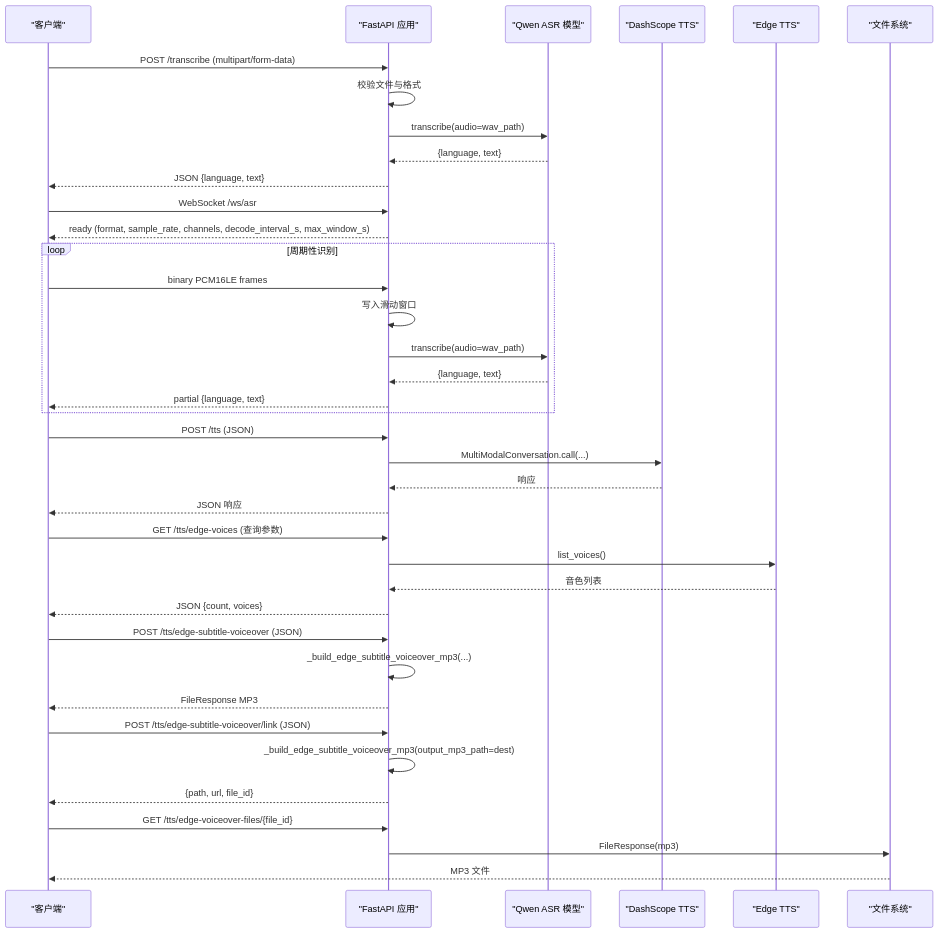
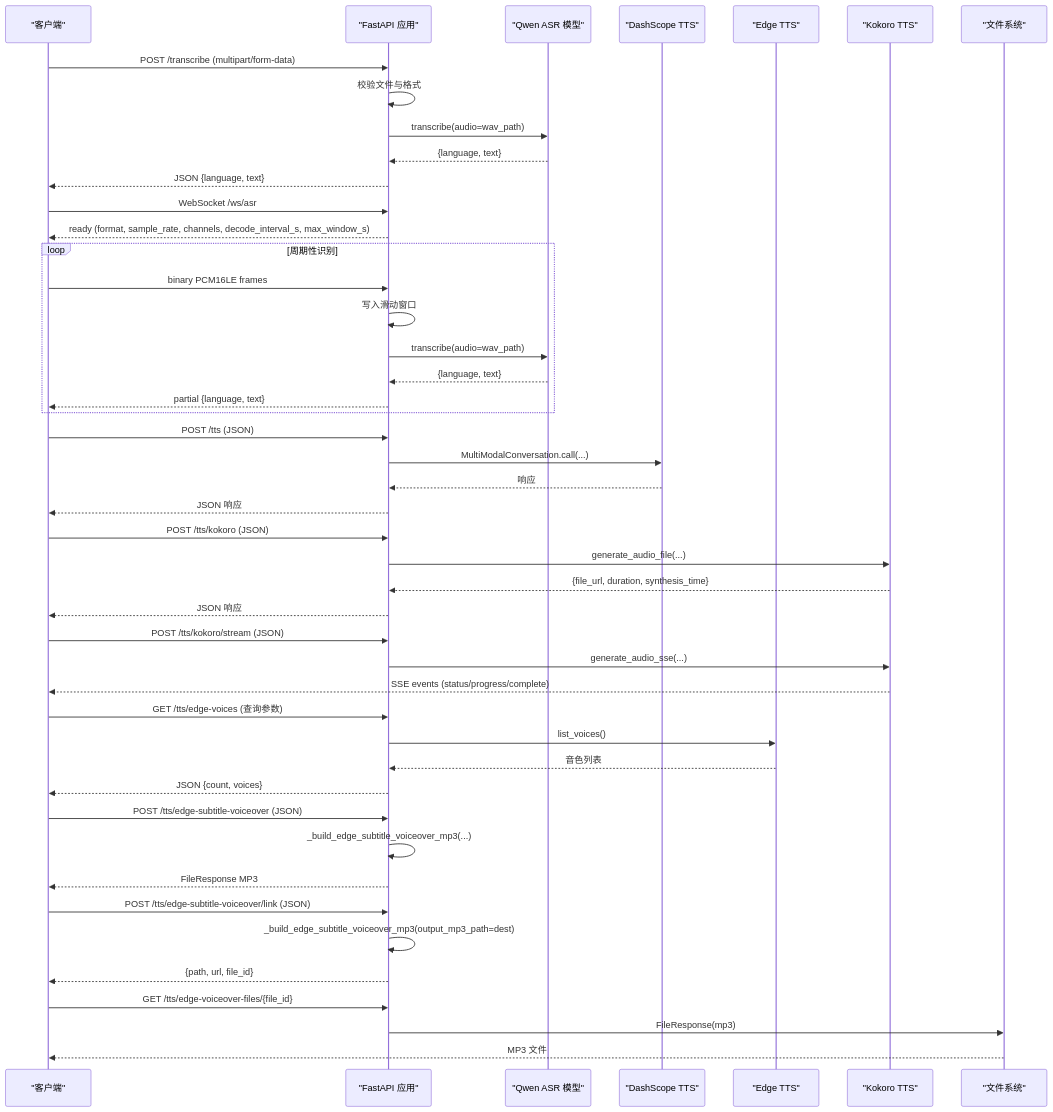
Before and after one commit to 1024dashen/Vue3Speech: the second of 5 diagrams in .qoder/repowiki/zh/content/后端服务架构/API端点设计.md, drawn with Mermaid. The commit also changed other lines of this file and 9 other files, not shown here.

````diff
--- a/.qoder/repowiki/zh/content/后端服务架构/API端点设计.md
+++ b/.qoder/repowiki/zh/content/后端服务架构/API端点设计.md
@@ -105,40 +113,48 @@
 ```mermaid
 sequenceDiagram
 participant Client as "客户端"
 participant API as "FastAPI 应用"
 participant ASR as "Qwen ASR 模型"
 participant TTS as "DashScope TTS"
 participant Edge as "Edge TTS"
+participant Kokoro as "Kokoro TTS"
 participant FS as "文件系统"
 Client->>API : POST /transcribe (multipart/form-data)
 API->>API : 校验文件与格式
 API->>ASR : transcribe(audio=wav_path)
 ASR-->>API : {language, text}
 API-->>Client : JSON {language, text}
 Client->>API : WebSocket /ws/asr
 API-->>Client : ready (format, sample_rate, channels, decode_interval_s, max_window_s)
 loop 周期性识别
 Client->>API : binary PCM16LE frames
 API->>API : 写入滑动窗口
 API->>ASR : transcribe(audio=wav_path)
 ASR-->>API : {language, text}
 API-->>Client : partial {language, text}
 end
 Client->>API : POST /tts (JSON)
 API->>TTS : MultiModalConversation.call(...)
 TTS-->>API : 响应
 API-->>Client : JSON 响应
+Client->>API : POST /tts/kokoro (JSON)
+API->>Kokoro : generate_audio_file(...)
+Kokoro-->>API : {file_url, duration, synthesis_time}
+API-->>Client : JSON 响应
+Client->>API : POST /tts/kokoro/stream (JSON)
+API->>Kokoro : generate_audio_sse(...)
+Kokoro-->>Client : SSE events (status/progress/complete)
 Client->>API : GET /tts/edge-voices (查询参数)
 API->>Edge : list_voices()
 Edge-->>API : 音色列表
 API-->>Client : JSON {count, voices}
 Client->>API : POST /tts/edge-subtitle-voiceover (JSON)
 API->>API : _build_edge_subtitle_voiceover_mp3(...)
 API-->>Client : FileResponse MP3
 Client->>API : POST /tts/edge-subtitle-voiceover/link (JSON)
 API->>API : _build_edge_subtitle_voiceover_mp3(output_mp3_path=dest)
 API-->>Client : {path, url, file_id}
 Client->>API : GET /tts/edge-voiceover-files/{file_id}
 API->>FS : FileResponse(mp3)
 FS-->>Client : MP3 文件
 ```
````
